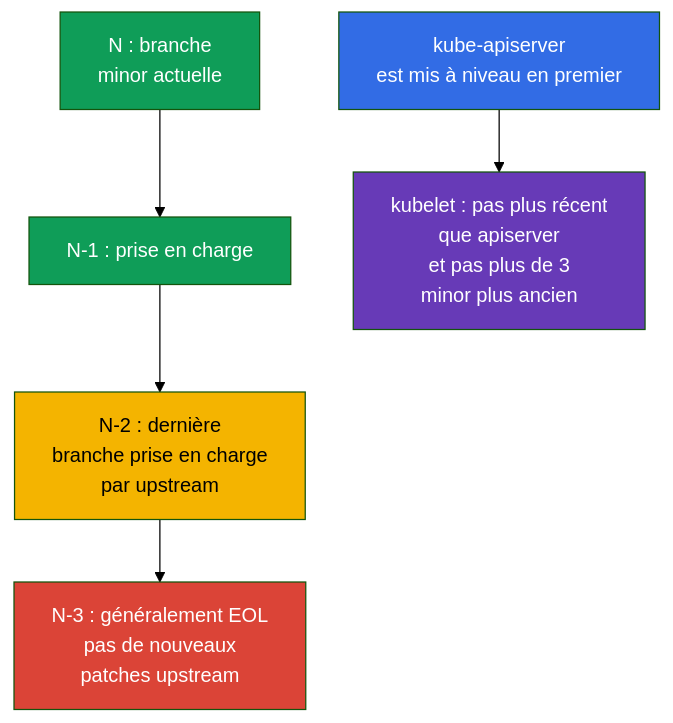
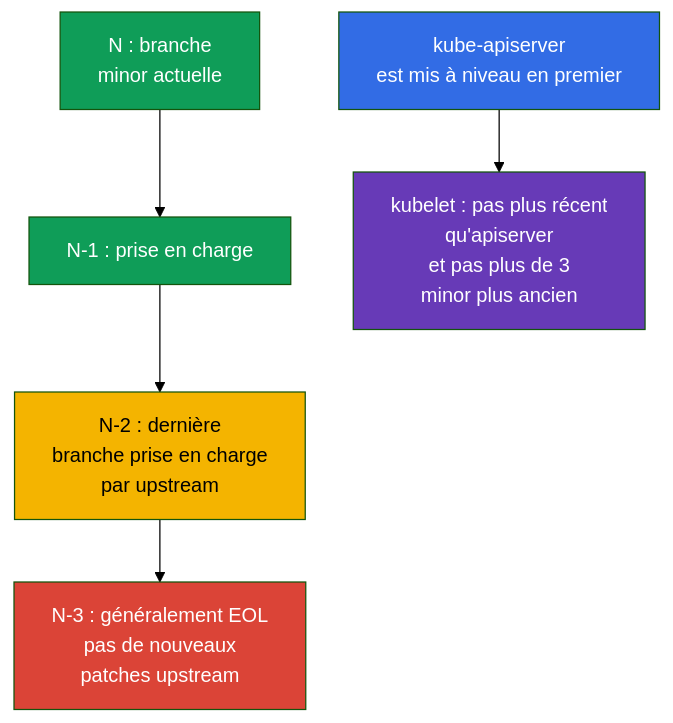
Before and after one commit to ViktorUJ/cks: the second of 2 diagrams in tasks/cks/course/13/fr.md, drawn with Mermaid (forest theme). The commit also changed other lines of this file and 280 other files, not shown here.

````diff
--- a/tasks/cks/course/13/fr.md
+++ b/tasks/cks/course/13/fr.md
@@ -49,11 +49,11 @@
 ```mermaid
 flowchart TB
     n["N : branche<br/>minor actuelle"] --> n1["N-1 : prise en charge"] --> n2["N-2 : dernière<br/>branche prise en charge<br/>par upstream"] --> n3["N-3 : généralement EOL<br/>pas de nouveaux<br/>patches upstream"]
-    cp["kube-apiserver<br/>est mis à niveau en premier"] --> worker["kubelet : pas plus récent<br/>que apiserver<br/>et pas plus de 3<br/>minor plus ancien"]
+    cp["kube-apiserver<br/>est mis à niveau en premier"] --> worker["kubelet : pas plus récent<br/>qu'apiserver<br/>et pas plus de 3<br/>minor plus ancien"]
     style n fill:#0f9d58,color:#fff
     style n1 fill:#0f9d58,color:#fff
     style n2 fill:#f4b400,color:#000
     style n3 fill:#db4437,color:#fff
     style cp fill:#326ce5,color:#fff
     style worker fill:#673ab7,color:#fff
 ```
````
